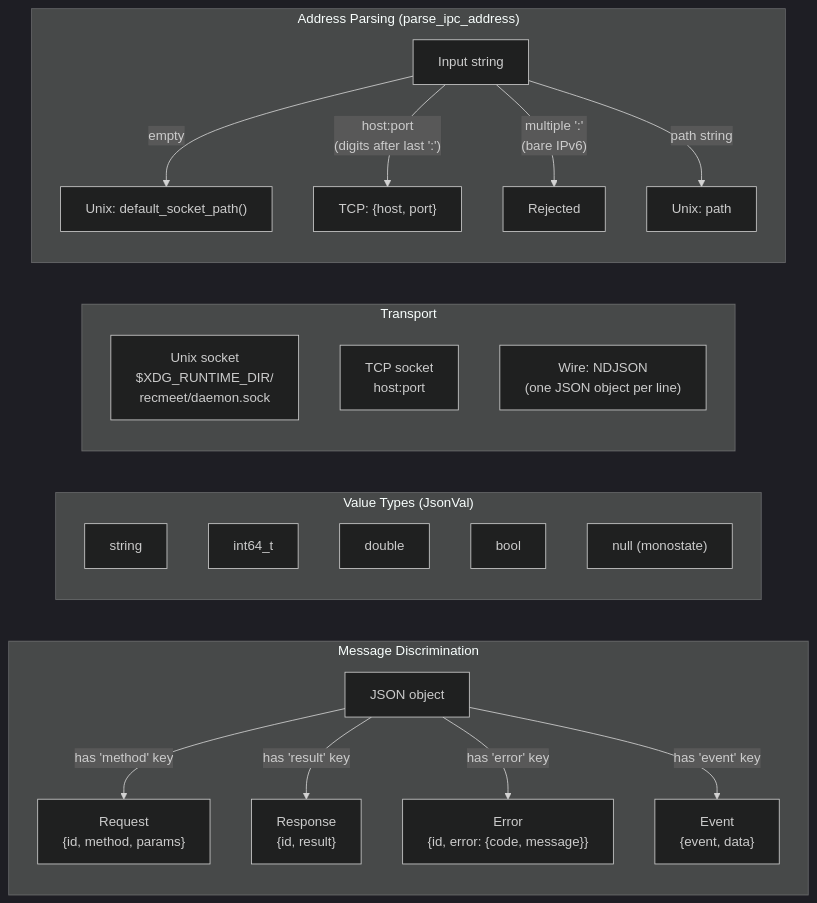
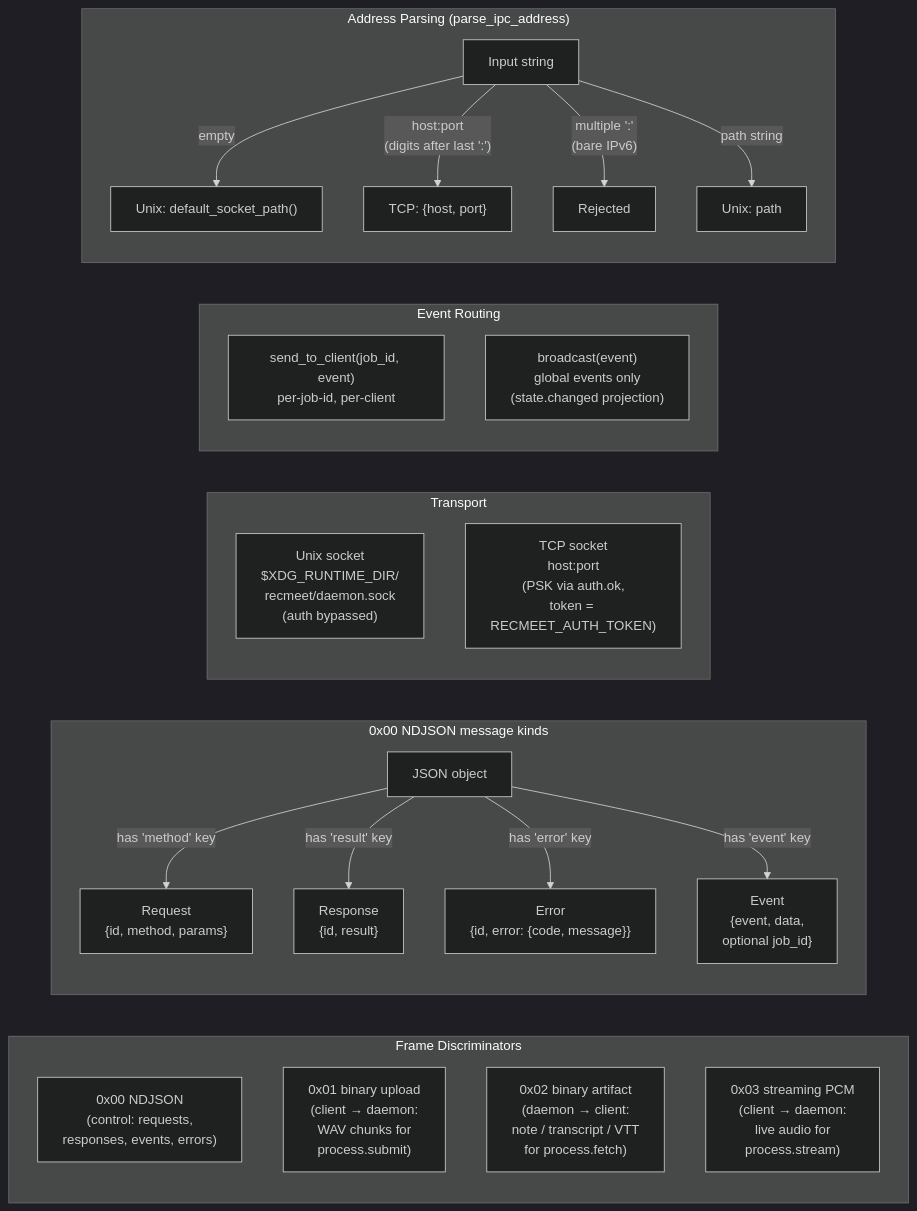
Diagram 14 of 33 in docs/COMPONENT-DIAGRAMS.md (suykerbuyk/recmeet), drawn with Mermaid (dark theme) before and after one commit. The commit also changed other lines of this file and 19 other files, not shown here.

````diff
--- a/docs/COMPONENT-DIAGRAMS.md
+++ b/docs/COMPONENT-DIAGRAMS.md
@@ -534,34 +710,36 @@
 ```mermaid
 flowchart LR
-    subgraph "Message Discrimination"
+    subgraph FRAMES ["Frame Discriminators"]
+        F00["0x00 NDJSON<br/>(control: requests,<br/>responses, events, errors)"]
+        F01["0x01 binary upload<br/>(client → daemon:<br/>WAV chunks for<br/>process.submit)"]
+        F02["0x02 binary artifact<br/>(daemon → client:<br/>note / transcript / VTT<br/>for process.fetch)"]
+        F03["0x03 streaming PCM<br/>(client → daemon:<br/>live audio for<br/>process.stream)"]
+    end
+
+    subgraph NDJSON_KINDS ["0x00 NDJSON message kinds"]
         MSG["JSON object"]
         MSG -->|"has 'method' key"| REQ["Request<br/>{id, method, params}"]
         MSG -->|"has 'result' key"| RESP["Response<br/>{id, result}"]
         MSG -->|"has 'error' key"| ERR["Error<br/>{id, error: {code, message}}"]
-        MSG -->|"has 'event' key"| EV["Event<br/>{event, data}"]
+        MSG -->|"has 'event' key"| EV["Event<br/>{event, data,<br/>optional job_id}"]
     end
 
-    subgraph "Value Types (JsonVal)"
+    subgraph TRANSPORT_GRP ["Transport"]
         direction TB
-        V_STR["string"]
-        V_INT["int64_t"]
-        V_DBL["double"]
-        V_BOOL["bool"]
-        V_NULL["null (monostate)"]
+        T_UNIX["Unix socket<br/>$XDG_RUNTIME_DIR/<br/>recmeet/daemon.sock<br/>(auth bypassed)"]
+        T_TCP["TCP socket<br/>host:port<br/>(PSK via auth.ok,<br/>token = RECMEET_AUTH_TOKEN)"]
     end
 
-    subgraph "Transport"
-        direction TB
-        T_UNIX["Unix socket<br/>$XDG_RUNTIME_DIR/<br/>recmeet/daemon.sock"]
-        T_TCP["TCP socket<br/>host:port"]
-        T_NDJSON["Wire: NDJSON<br/>(one JSON object per line)"]
+    subgraph ROUTING ["Event Routing"]
+        SEND["send_to_client(job_id, event)<br/>per-job-id, per-client"]
+        BCAST["broadcast(event)<br/>global events only<br/>(state.changed projection)"]
     end
 
-    subgraph "Address Parsing (parse_ipc_address)"
+    subgraph ADDRS ["Address Parsing (parse_ipc_address)"]
         ADDR["Input string"]
         ADDR -->|"empty"| DEFAULT["Unix: default_socket_path()"]
         ADDR -->|"host:port<br/>(digits after last ':')"| TCP_ADDR["TCP: {host, port}"]
         ADDR -->|"multiple ':'<br/>(bare IPv6)"| REJECT["Rejected"]
         ADDR -->|"path string"| UNIX_ADDR["Unix: path"]
     end
 ```
````
